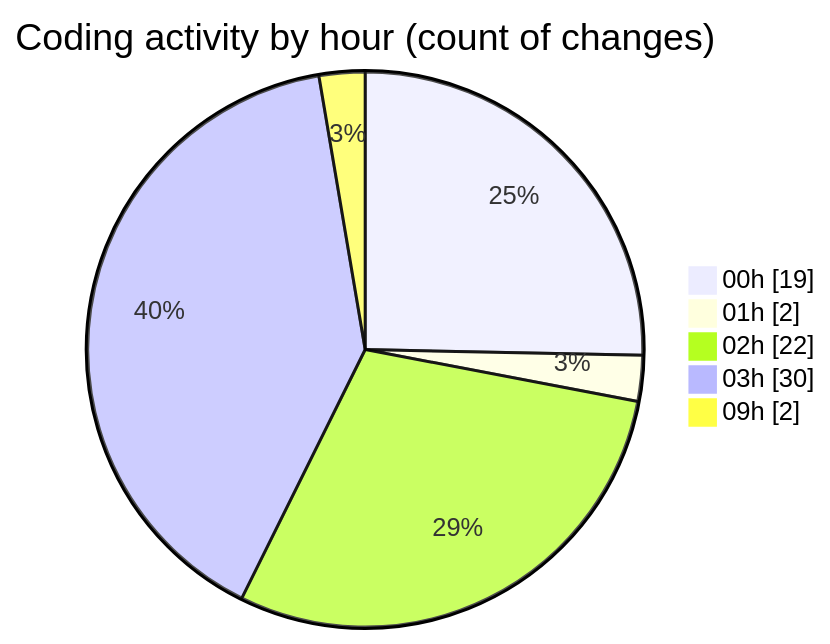
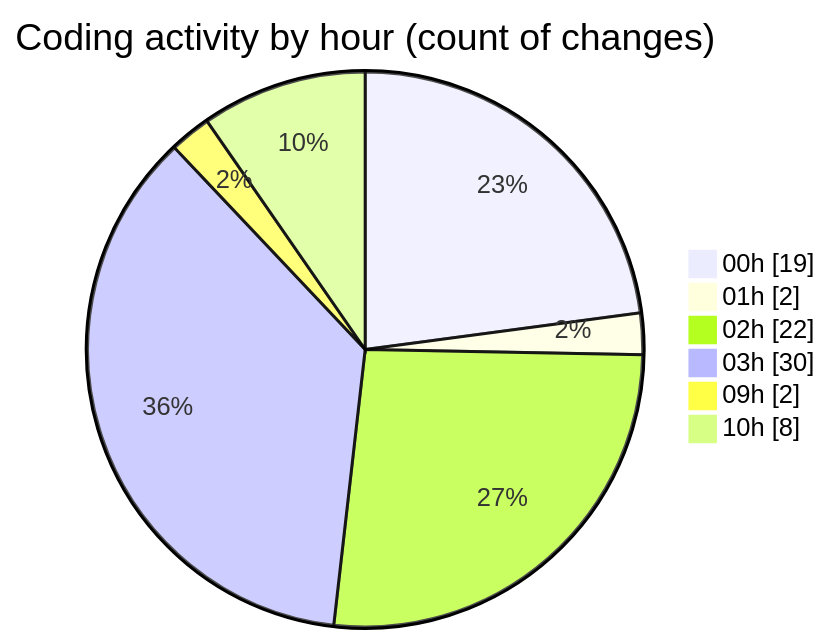
The second of 2 diagrams in 2025-10-21/eventscop-frontend-guide__workspace_/README.md (julien-gomy/code-tracking), drawn with Mermaid before and after one commit. The commit also changed other lines of this file and 1 other file, not shown here.

````diff
--- a/2025-10-21/eventscop-frontend-guide__workspace_/README.md
+++ b/2025-10-21/eventscop-frontend-guide__workspace_/README.md
@@ -47,9 +47,10 @@
 ```mermaid
 pie showData
 title Coding activity by hour (count of changes)
 "00h" : 19
 "01h" : 2
 "02h" : 22
 "03h" : 30
 "09h" : 2
+"10h" : 8
 ```
````
